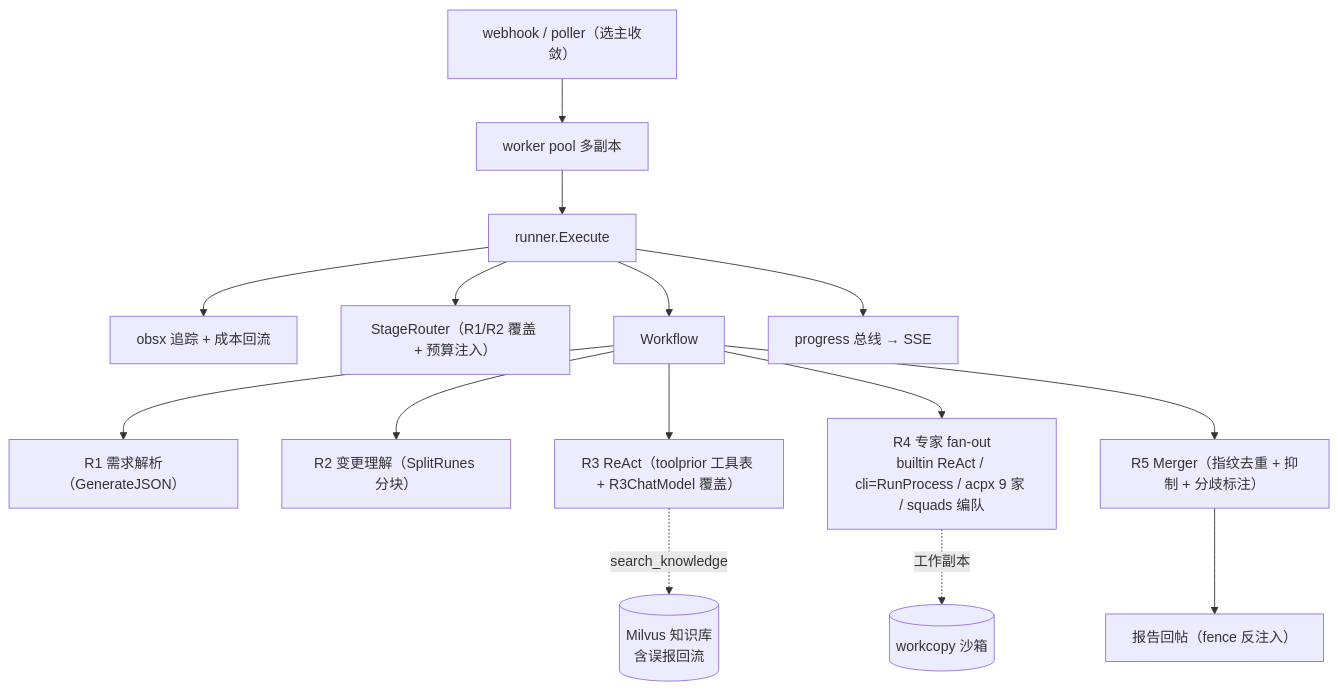
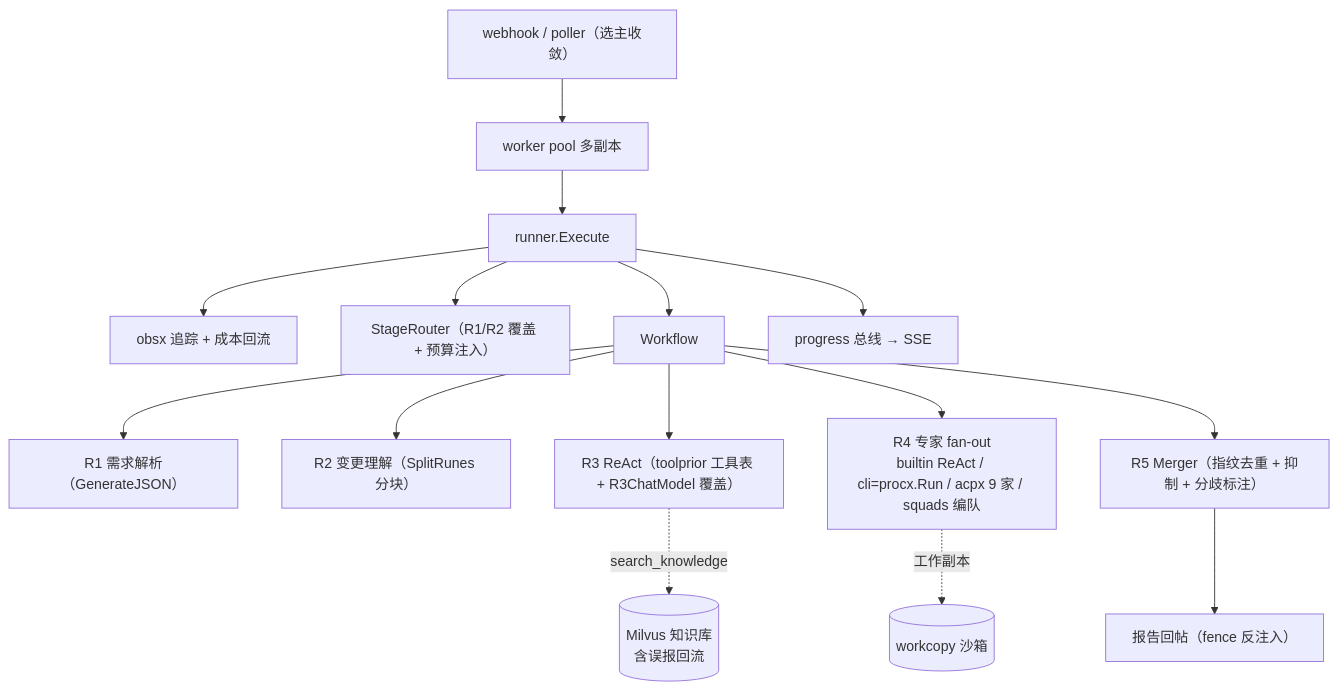
The sixth of 6 diagrams in docs/FRAMEWORK.md (yi-nology/agentkit), drawn with Mermaid before and after one commit. The commit also changed other lines of this file and 2 other files, not shown here.

First line of the commit message:
docs: 版本面与包面对齐 v0.10.10 第四轮（33 包 / procx+httpx+reportutil / llmjson 并入 / 失效 API 示例修正）

````diff
--- a/docs/FRAMEWORK.md
+++ b/docs/FRAMEWORK.md
@@ -1124,17 +1119,17 @@
 ```mermaid
 flowchart TD
     WH["webhook / poller（选主收敛）"] --> WP["worker pool 多副本"]
     WP --> EX["runner.Execute"]
     EX --> OBS["obsx 追踪 + 成本回流"]
     EX --> SR["StageRouter（R1/R2 覆盖 + 预算注入）"]
     EX --> WF["Workflow"]
     WF --> R1["R1 需求解析（GenerateJSON）"]
     WF --> R2["R2 变更理解（SplitRunes 分块）"]
     WF --> R3["R3 ReAct（toolprior 工具表 + R3ChatModel 覆盖）"]
-    WF --> R4["R4 专家 fan-out<br/>builtin ReAct / cli=RunProcess / acpx 9 家 / squads 编队"]
+    WF --> R4["R4 专家 fan-out<br/>builtin ReAct / cli=procx.Run / acpx 9 家 / squads 编队"]
     WF --> R5["R5 Merger（指纹去重 + 抑制 + 分歧标注）"]
     R3 -. "search_knowledge" .-> KW[("Milvus 知识库<br/>含误报回流")]
     R4 -. "工作副本" .-> WC[("workcopy 沙箱")]
     R5 --> POST["报告回帖（fence 反注入）"]
     EX --> BUS["progress 总线 → SSE"]
 ```
````
